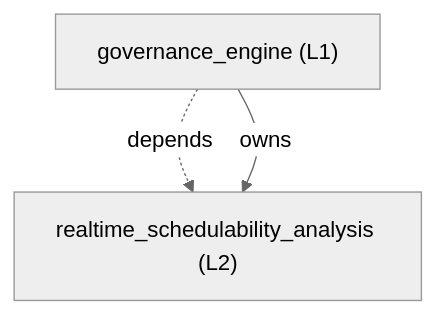
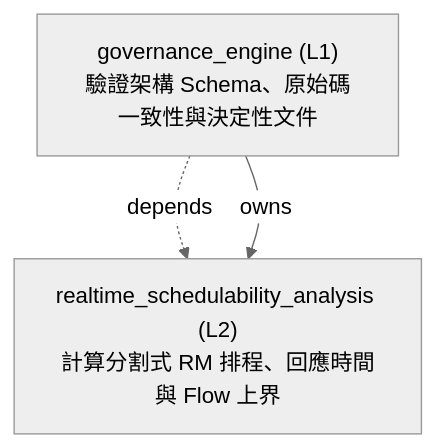
The diagram in plugins/governed-engineering-skills/skills/govern-modular-event-architecture/architecture/generated/governance_engine.md (ShinWeiPeng/skills), drawn with Mermaid (neutral theme) before and after one commit. The commit also changed other lines of this file and 73 other files, not shown here.

Commit message:
add function-first architecture descriptions

````diff
--- a/plugins/governed-engineering-skills/skills/govern-modular-event-architecture/architecture/generated/governance_engine.md
+++ b/plugins/governed-engineering-skills/skills/govern-modular-event-architecture/architecture/generated/governance_engine.md
@@ -7,7 +7,7 @@
 ```mermaid
 flowchart TD
-    n_governance_engine["governance_engine (L1)"]
-    n_realtime_schedulability_analysis["realtime_schedulability_analysis (L2)"]
+    n_governance_engine["governance_engine (L1)<br/>驗證架構 Schema、原始碼一致性與決定性文件"]
+    n_realtime_schedulability_analysis["realtime_schedulability_analysis (L2)<br/>計算分割式 RM 排程、回應時間與 Flow 上界"]
     n_governance_engine -.->|depends| n_realtime_schedulability_analysis
     n_governance_engine -->|owns| n_realtime_schedulability_analysis
 ```
````
